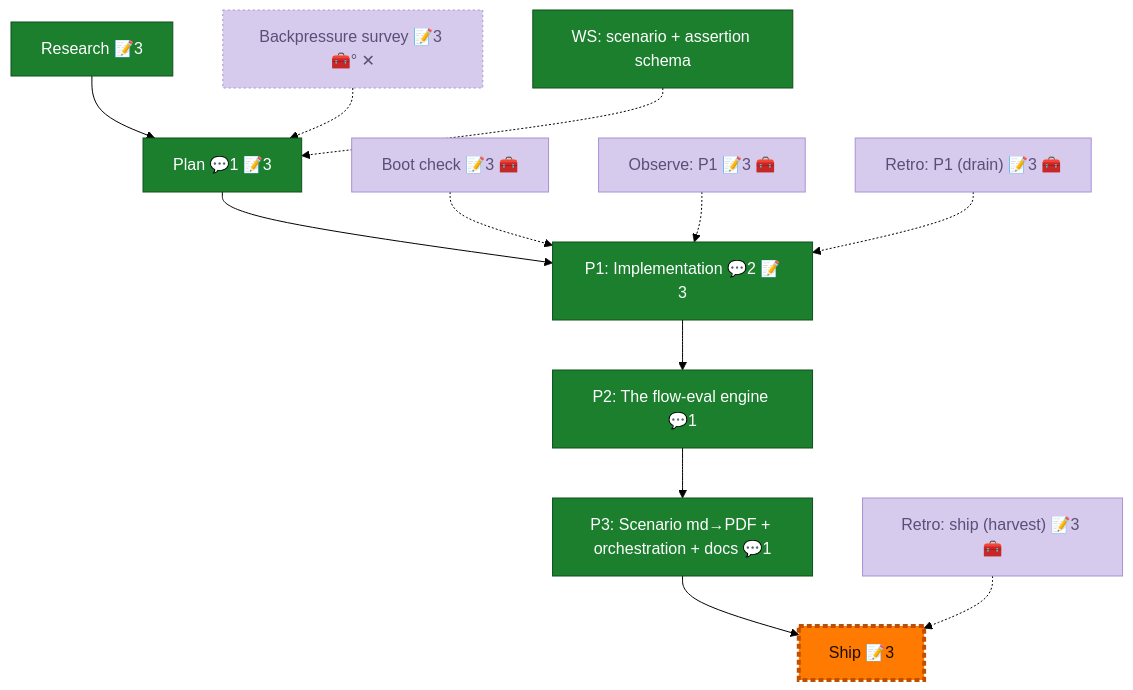
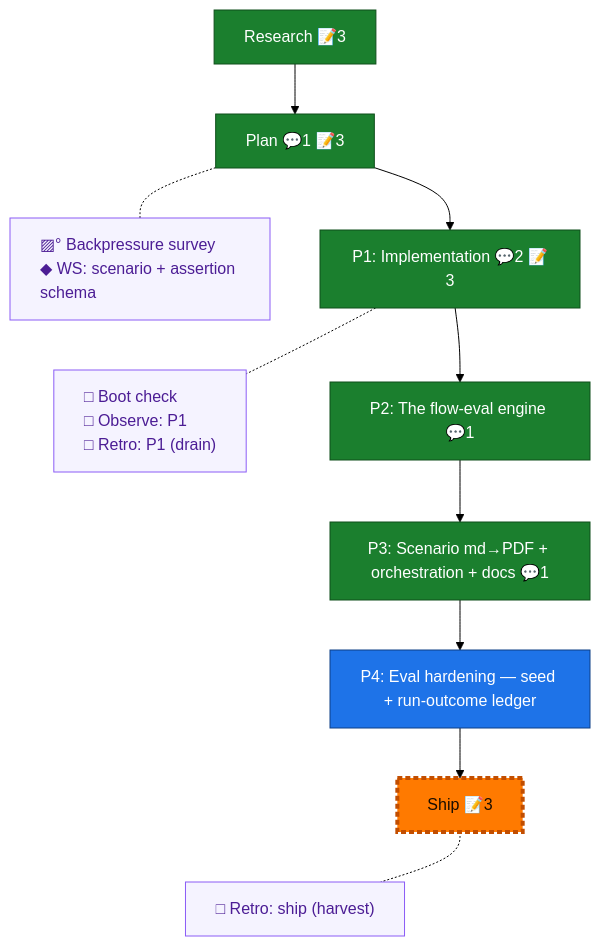
The diagram in docs/plans/041-flow-conformance-eval/the-flow.md (AI-Substrate/harness-engineering), drawn with Mermaid (forest theme) before and after one commit. The commit also changed other lines of this file and 53 other files, not shown here.

First line of the commit message:
docs: close out flow states + land prior-session artifacts (034-052)

````diff
--- a/docs/plans/041-flow-conformance-eval/the-flow.md
+++ b/docs/plans/041-flow-conformance-eval/the-flow.md
@@ -8,46 +8,31 @@
 ```mermaid
 flowchart TD
     research["Research 📝3"]:::done
     plan["Plan 💬1 📝3"]:::done
     phase_1["P1: Implementation 💬2 📝3"]:::done
-    ship["Ship 📝3"]:::assumed
     phase_2["P2: The flow-eval engine 💬1"]:::done
     phase_3["P3: Scenario md→PDF + orchestration + docs 💬1"]:::done
+    phase_4["P4: Eval hardening — seed + run-outcome ledger"]:::known
+    ship["Ship 📝3"]:::assumed
 
-    research --> plan
-    plan --> phase_1
-    phase_1 --> phase_2
-    phase_2 --> phase_3
-    phase_3 --> ship
+    research --> plan --> phase_1 --> phase_2 --> phase_3 --> phase_4 --> ship
 
-    backpressure["Backpressure survey 📝3 🧰° ✕"]:::harnessFaded
-    boot_1["Boot check 📝3 🧰"]:::harnessFaded
-    observe_1["Observe: P1 📝3 🧰"]:::harnessFaded
-    retro_1["Retro: P1 (drain) 📝3 🧰"]:::harnessFaded
-    retro_ship["Retro: ship (harvest) 📝3 🧰"]:::harnessFaded
-    ws_scenario_schema["WS: scenario + assertion schema"]:::done
-    backpressure -.-> plan
-    boot_1 -.-> phase_1
-    observe_1 -.-> phase_1
-    retro_1 -.-> phase_1
-    retro_ship -.-> ship
-    ws_scenario_schema -.-> plan
+    planC["▨° Backpressure survey<br/>◆ WS: scenario + assertion schema"]:::chore
+    phase_1C["□ Boot check<br/>□ Observe: P1<br/>□ Retro: P1 (drain)"]:::chore
+    shipC["□ Retro: ship (harvest)"]:::chore
+
+    %% invisible chain holds the gutter boxes in their own column
+    planC ~~~ phase_1C ~~~ shipC
+
+    %% dotted links pull each gutter box beside its node
+    plan -.- planC
+    phase_1 -.- phase_1C
+    ship -.- shipC
 
     classDef done fill:#1B7F2E,stroke:#0F4F1B,color:#fff;
-    classDef wip fill:#43C04A,stroke:#1B7F2E,color:#04210A;
-    classDef blocked fill:#E53935,stroke:#8E1513,color:#fff;
     classDef known fill:#1E73E8,stroke:#0D3F86,color:#fff;
     classDef assumed fill:#CFD8DC,stroke:#607D8B,color:#1a1a1a,stroke-dasharray:5 3;
-    classDef said fill:#FFD21F,stroke:#C79100,color:#241c00;
-    classDef harness fill:#7E3FF2,stroke:#4A1FA8,color:#fff;
-    classDef harnessFaded fill:#D6CBEC,stroke:#A892D4,color:#5B4E78;
-    classDef decision fill:#FF8F00,stroke:#B25E00,color:#1a1100,stroke-dasharray:2 2;
-    classDef companion fill:#AB2FCB,stroke:#6A1480,color:#fff;
-    classDef worker fill:#00A38C,stroke:#005046,color:#fff;
-    classDef unknown fill:#ECEFF1,stroke:#90A4AE,color:#1a1a1a,stroke-dasharray:1 4;
-    classDef impOptional stroke-dasharray:2 3;
-    classDef impStrong stroke-width:3px;
+    classDef chore fill:#f5f3ff,stroke:#8b5cf6,color:#4c1d95,text-align:left;
     classDef current fill:#FF7A00,stroke:#C24E00,color:#1a0e00,stroke-width:4px;
-    class backpressure impOptional;
     class ship current;
 ```
````
